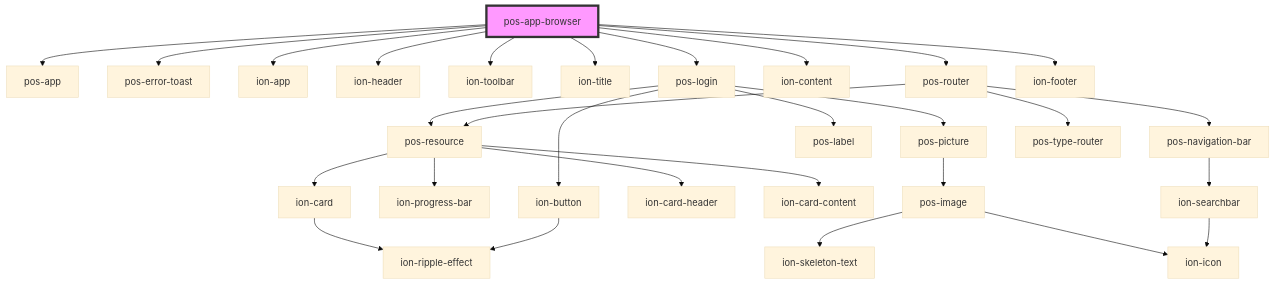
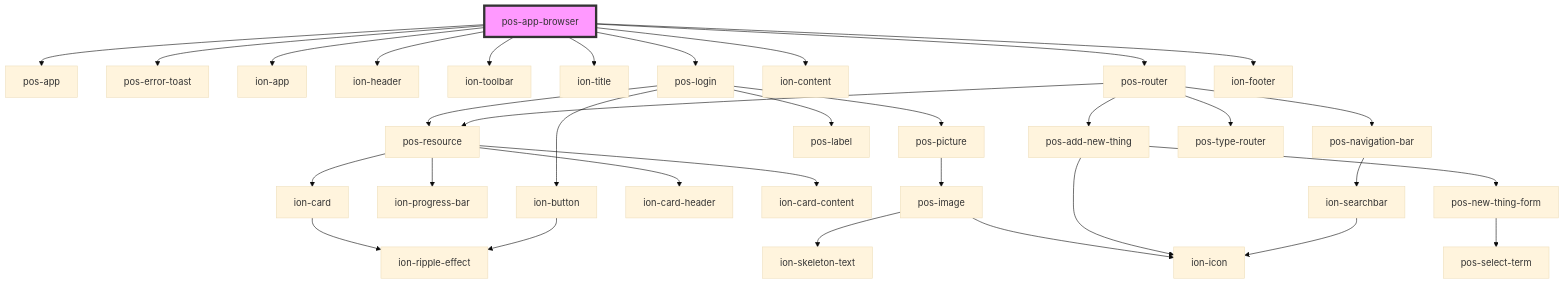
One commit to pod-os/PodOS changed the diagram in docs/elements/apps/pos-app-browser/readme.md. Above: the diagram before and after it, drawn with Mermaid (base theme). The commit also changed 5 other files, not shown here.

````diff
--- a/docs/elements/apps/pos-app-browser/readme.md
+++ b/docs/elements/apps/pos-app-browser/readme.md
@@ -24,32 +24,36 @@
 ```mermaid
 graph TD;
   pos-app-browser --> pos-app
   pos-app-browser --> pos-error-toast
   pos-app-browser --> ion-app
   pos-app-browser --> ion-header
   pos-app-browser --> ion-toolbar
   pos-app-browser --> ion-title
   pos-app-browser --> pos-login
   pos-app-browser --> ion-content
   pos-app-browser --> pos-router
   pos-app-browser --> ion-footer
   pos-login --> pos-resource
   pos-login --> pos-picture
   pos-login --> pos-label
   pos-login --> ion-button
   pos-resource --> ion-progress-bar
   pos-resource --> ion-card
   pos-resource --> ion-card-header
   pos-resource --> ion-card-content
   ion-card --> ion-ripple-effect
   pos-picture --> pos-image
   pos-image --> ion-skeleton-text
   pos-image --> ion-icon
   ion-button --> ion-ripple-effect
+  pos-router --> pos-add-new-thing
   pos-router --> pos-navigation-bar
   pos-router --> pos-resource
   pos-router --> pos-type-router
+  pos-add-new-thing --> ion-icon
+  pos-add-new-thing --> pos-new-thing-form
+  pos-new-thing-form --> pos-select-term
   pos-navigation-bar --> ion-searchbar
   ion-searchbar --> ion-icon
   style pos-app-browser fill:#f9f,stroke:#333,stroke-width:4px
 ```
````
